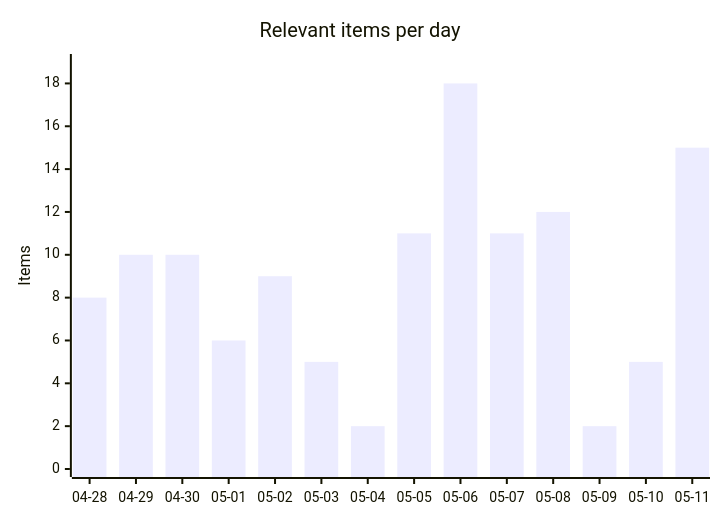
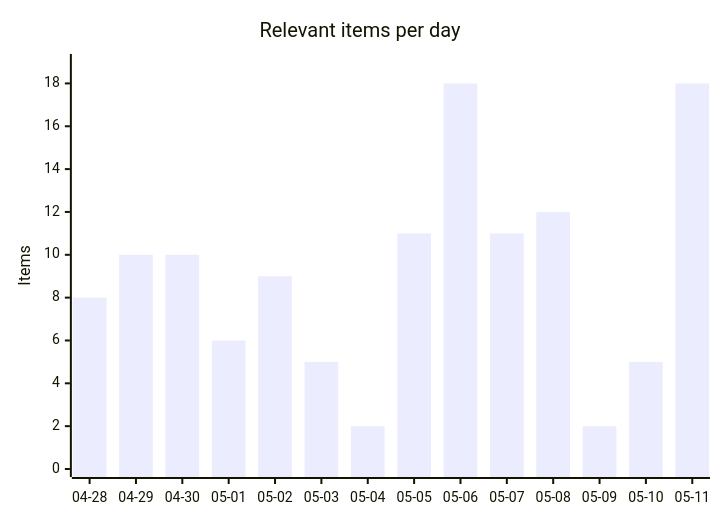
One commit to martinbalfanz/social-scanner-reports changed the first of 4 diagrams in README.md. Above: the diagram before and after it, drawn with Mermaid. The commit also changed other lines of this file and 2 other files, not shown here.

````diff
--- a/README.md
+++ b/README.md
@@ -30,7 +30,7 @@
 ```mermaid
 xychart-beta
     title "Relevant items per day"
     x-axis ["04-28", "04-29", "04-30", "05-01", "05-02", "05-03", "05-04", "05-05", "05-06", "05-07", "05-08", "05-09", "05-10", "05-11"]
     y-axis "Items" 0 --> 19
-    bar [8, 10, 10, 6, 9, 5, 2, 11, 18, 11, 12, 2, 5, 15]
+    bar [8, 10, 10, 6, 9, 5, 2, 11, 18, 11, 12, 2, 5, 18]
 ```
````
